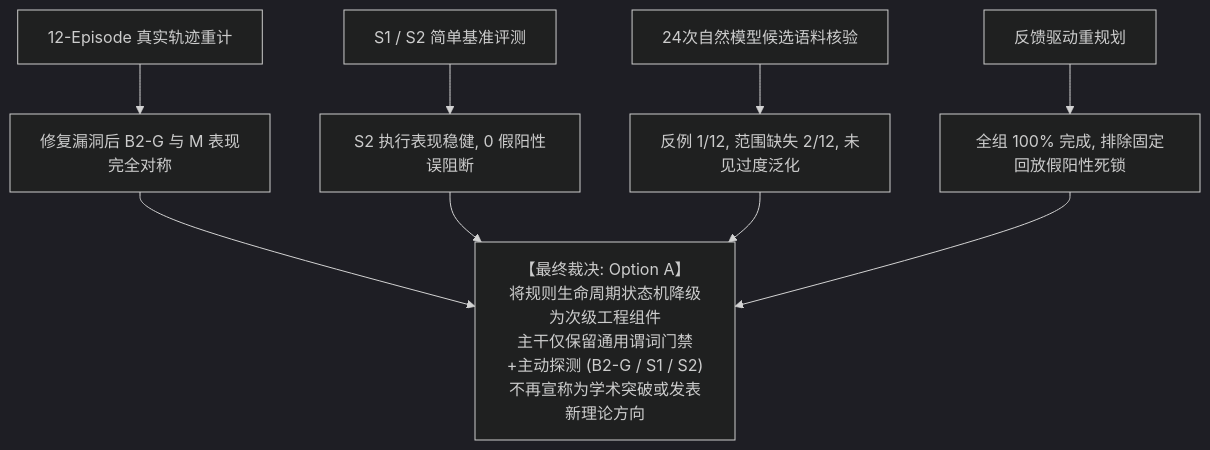
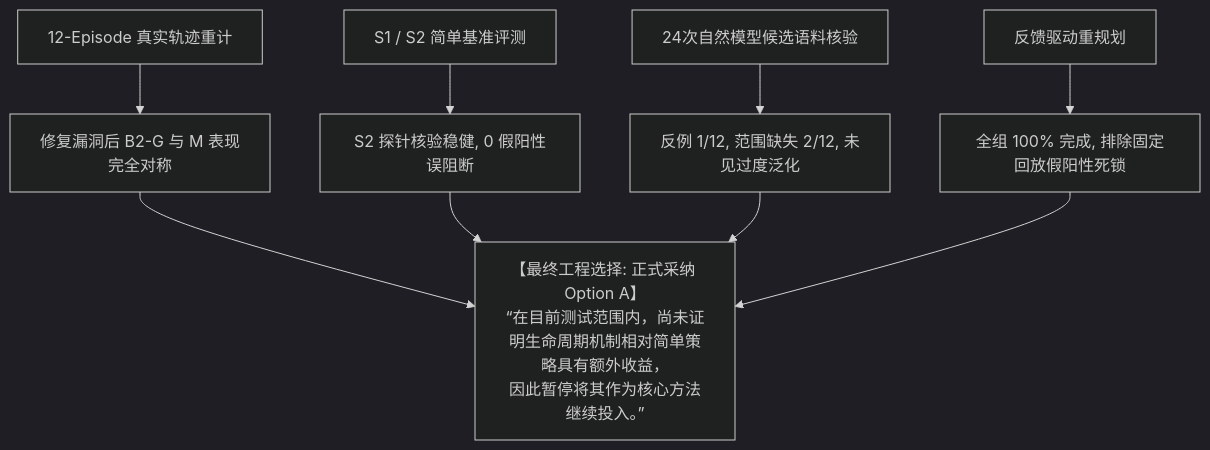
Before and after one commit to JingAo-Shen/failmem-ros2-agent: the diagram in research/conditional_constraint_memory/go_no_go_decision.md, drawn with Mermaid (dark theme). The commit also changed other lines of this file and 14 other files, not shown here.

````diff
--- a/research/conditional_constraint_memory/go_no_go_decision.md
+++ b/research/conditional_constraint_memory/go_no_go_decision.md
@@ -223,9 +225,9 @@
 ```mermaid
 flowchart TD
     Diag[12-Episode 真实轨迹重计] --> C1[修复漏洞后 B2-G 与 M 表现完全对称]
-    Bench[S1 / S2 简单基准评测] --> C2[S2 执行表现稳健, 0 假阳性误阻断]
+    Bench[S1 / S2 简单基准评测] --> C2[S2 探针核验稳健, 0 假阳性误阻断]
     Corpus[24次自然模型候选语料核验] --> C3[反例 1/12, 范围缺失 2/12, 未见过度泛化]
     Replan[反馈驱动重规划] --> C4[全组 100% 完成, 排除固定回放假阳性死锁]
     
-    C1 & C2 & C3 & C4 --> FinalVerdict["【最终裁决: Option A】<br>将规则生命周期状态机降级为次级工程组件<br>主干仅保留通用谓词门禁+主动探测 (B2-G / S1 / S2)<br>不再宣称为学术突破或发表新理论方向"]
+    C1 & C2 & C3 & C4 --> FinalVerdict["【最终工程选择: 正式采纳 Option A】<br>“在目前测试范围内，尚未证明生命周期机制相对简单策略具有额外收益，<br>因此暂停将其作为核心方法继续投入。”"]
 ```
````
